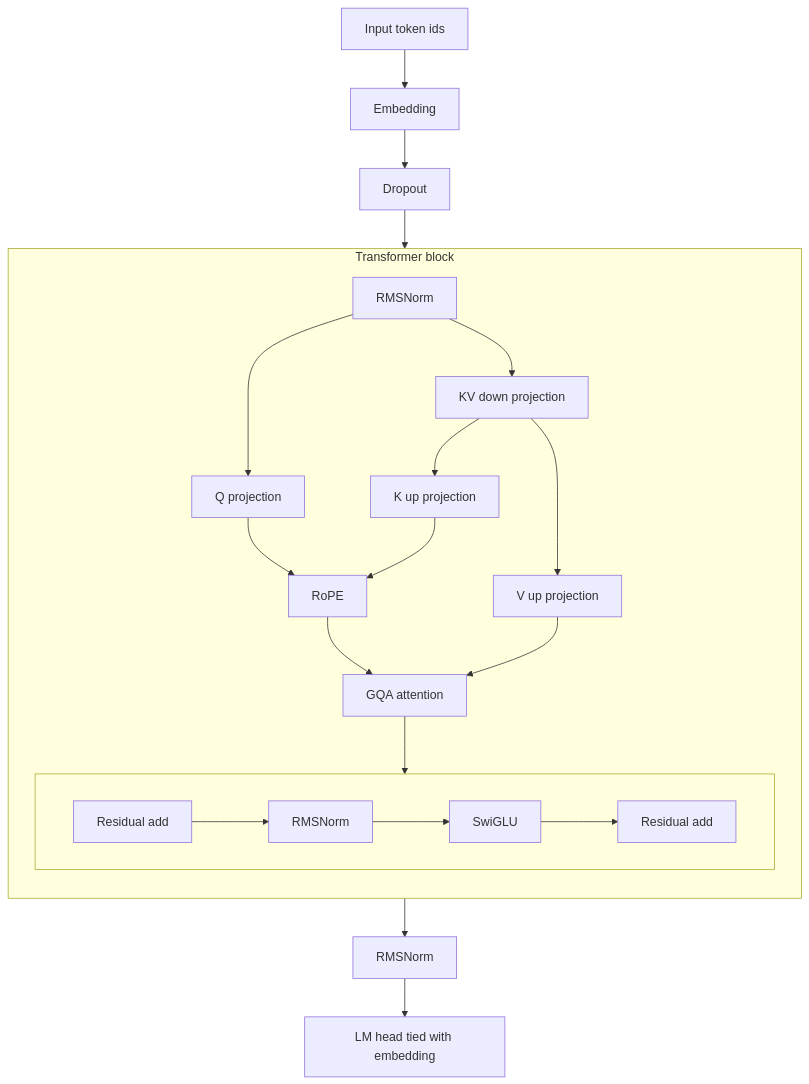
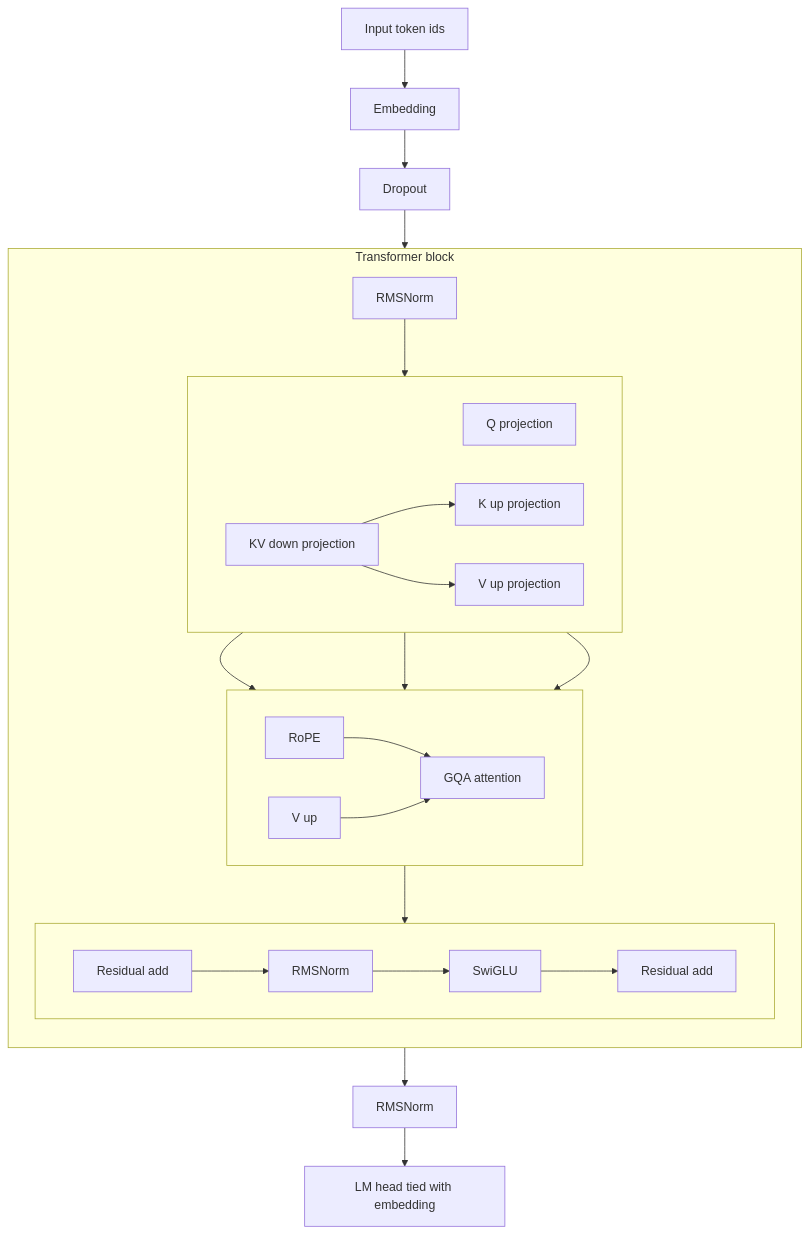
One commit to pymlex/poetru changed the diagram in README.md. Above: the diagram before and after it, drawn with Mermaid.

````diff
--- a/README.md
+++ b/README.md
@@ -40,34 +40,34 @@
 ```mermaid
 flowchart TB
-    A[Input token ids] --> B[Embedding]
-    B --> C[Dropout]
-    C --> D[Transformer block x12]
-    D --> E[RMSNorm]
-    E --> F[LM head tied with embedding]
+    A[Input token ids] --> B[Embedding] --> C[Dropout] --> D[Transformer block x12] --> E[RMSNorm] --> F[LM head tied with embedding]
 
     subgraph D[Transformer block]
         direction TB
+        
         D1[RMSNorm]
-        D2[Q projection]
-        D3[KV down projection]
-        D4[K up projection]
-        D5[V up projection]
-        D6[RoPE]
-        D7[GQA attention]
+        
+        subgraph Projections [ ]
+            direction LR
+            D2[Q projection]
+            D3[KV down projection] --> D4[K up projection]
+            D3 --> D5[V up projection]
+        end
+        
+        subgraph Attention [ ]
+            direction LR
+            D6[RoPE] --> D7[GQA attention]
+            D5_att[V up] --> D7
+        end
 
-        subgraph FeedForward [ ]
+        subgraph Layers [ ]
             direction LR
             D8[Residual add] --> D9[RMSNorm] --> D10[SwiGLU] --> D11[Residual add]
         end
 
-        D1 --> D2
-        D1 --> D3
-        D3 --> D4
-        D3 --> D5
+        D1 --> Projections
         D2 --> D6
         D4 --> D6
-        D6 --> D7
-        D5 --> D7
-        D7 --> D8
+        D5 --> D5_att
+        Attention --> D8
     end
 ```
````
